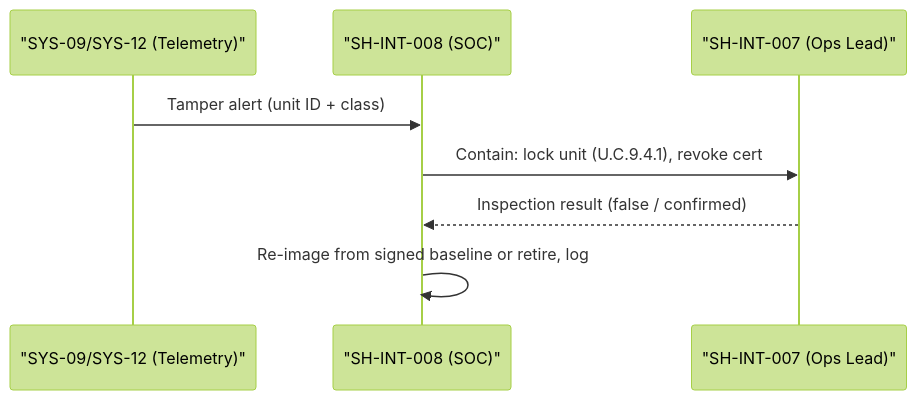
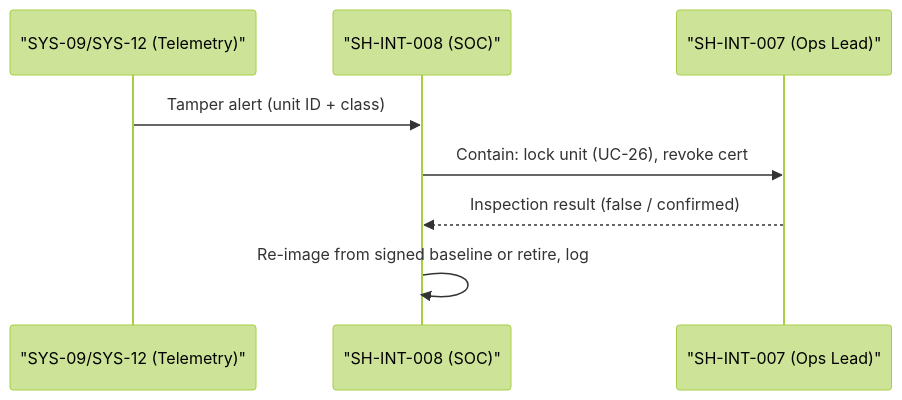
One commit to pauloribeiro16/Methodology_compact changed diagram 14 of 21 in 02_CASES/Case_02_SecureBorder_Solutions/03_PHASE3_DECOMPOSITION/annexes/B_Sequence_Diagrams.md. Above: the diagram before and after it, drawn with Mermaid (forest theme). The commit also changed other lines of this file and 22 other files, not shown here.

Commit message:
[EXECUTOR] F3 RENUMBER Case_02: U.C.x flattened → UC-01..36 (compliance 01..15 + product 16..36), two-phase, 12 files, 6 SVGs re-rendered, xlsx regenerated; gates: pre-existing FAILs only, audit 100%, mermaid 192/192, smoke 16/16; 1 missed live ref (Doc23) re-anchored

````diff
--- a/02_CASES/Case_02_SecureBorder_Solutions/03_PHASE3_DECOMPOSITION/annexes/B_Sequence_Diagrams.md
+++ b/02_CASES/Case_02_SecureBorder_Solutions/03_PHASE3_DECOMPOSITION/annexes/B_Sequence_Diagrams.md
@@ -191,10 +196,10 @@
 ```mermaid
 sequenceDiagram
     participant MON as "SYS-09/SYS-12 (Telemetry)"
     participant SOC as "SH-INT-008 (SOC)"
     participant OPS as "SH-INT-007 (Ops Lead)"
     MON->>SOC: Tamper alert (unit ID + class)
-    SOC->>OPS: Contain: lock unit (U.C.9.4.1), revoke cert
+    SOC->>OPS: Contain: lock unit (UC-26), revoke cert
     OPS-->>SOC: Inspection result (false / confirmed)
     SOC->>SOC: Re-image from signed baseline or retire, log
 ```
````
